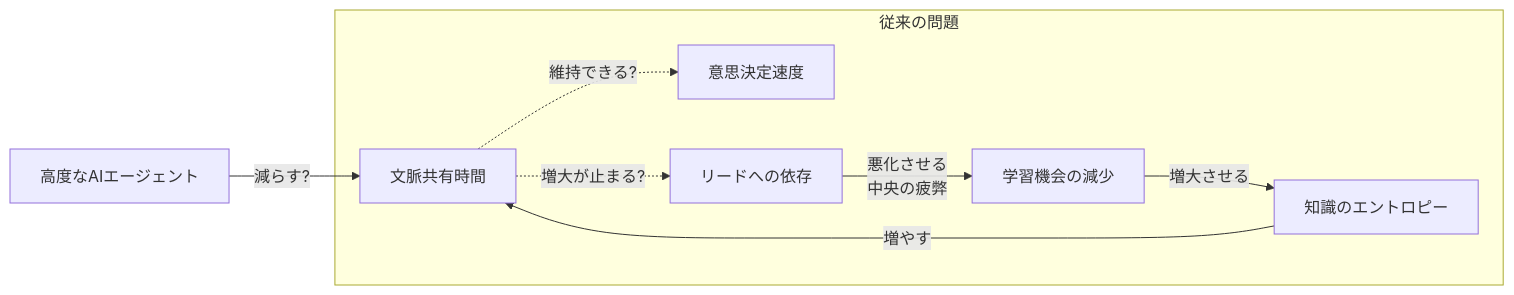
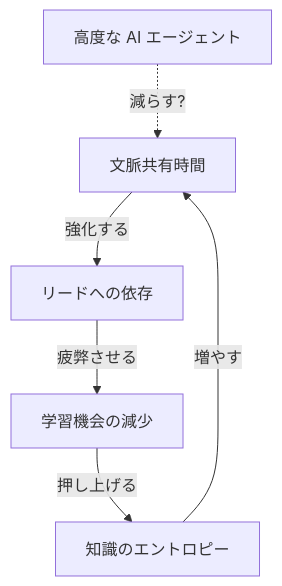
Before and after one commit to iwasa-kosui/monorepo: the fifth of 8 diagrams in apps/kosui-me/src/content/posts/2026-04-29-knowledge-entropy-and-normative-layer.mdx, drawn with Mermaid. The commit also changed other lines of this file and 5 other files, not shown here.

First line of the commit message:
feat(kosui-me): 知識エントロピー記事に挿絵を追加し因果ループ図を簡素化 (#410)

````diff
--- a/apps/kosui-me/src/content/posts/2026-04-29-knowledge-entropy-and-normative-layer.mdx
+++ b/apps/kosui-me/src/content/posts/2026-04-29-knowledge-entropy-and-normative-layer.mdx
@@ -110,20 +105,15 @@
 ```mermaid
-flowchart LR
-    A["高度なAIエージェント"]
-    subgraph 従来の問題
-        A1["知識のエントロピー"]
-        C["文脈共有時間"]
-        A1 -->|増やす| C
-    
-        D["意思決定速度"]
-        E["リードへの依存"]
-        C -.->|維持できる?| D
-        C -.->|増大が止まる?| E
-    
-        Z["学習機会の減少"]
-    
-        E -->|悪化させる<br>中央の疲弊| Z
-        Z -->|増大させる| A1
-    end
-    A -->|減らす?| C
+flowchart TD
+    A["高度な AI エージェント"]
+    A1["知識のエントロピー"]
+    C["文脈共有時間"]
+    E["リードへの依存"]
+    Z["学習機会の減少"]
+
+    A1 -->|増やす| C
+    C -->|強化する| E
+    E -->|疲弊させる| Z
+    Z -->|押し上げる| A1
+
+    A -.->|減らす?| C
 ```
````
